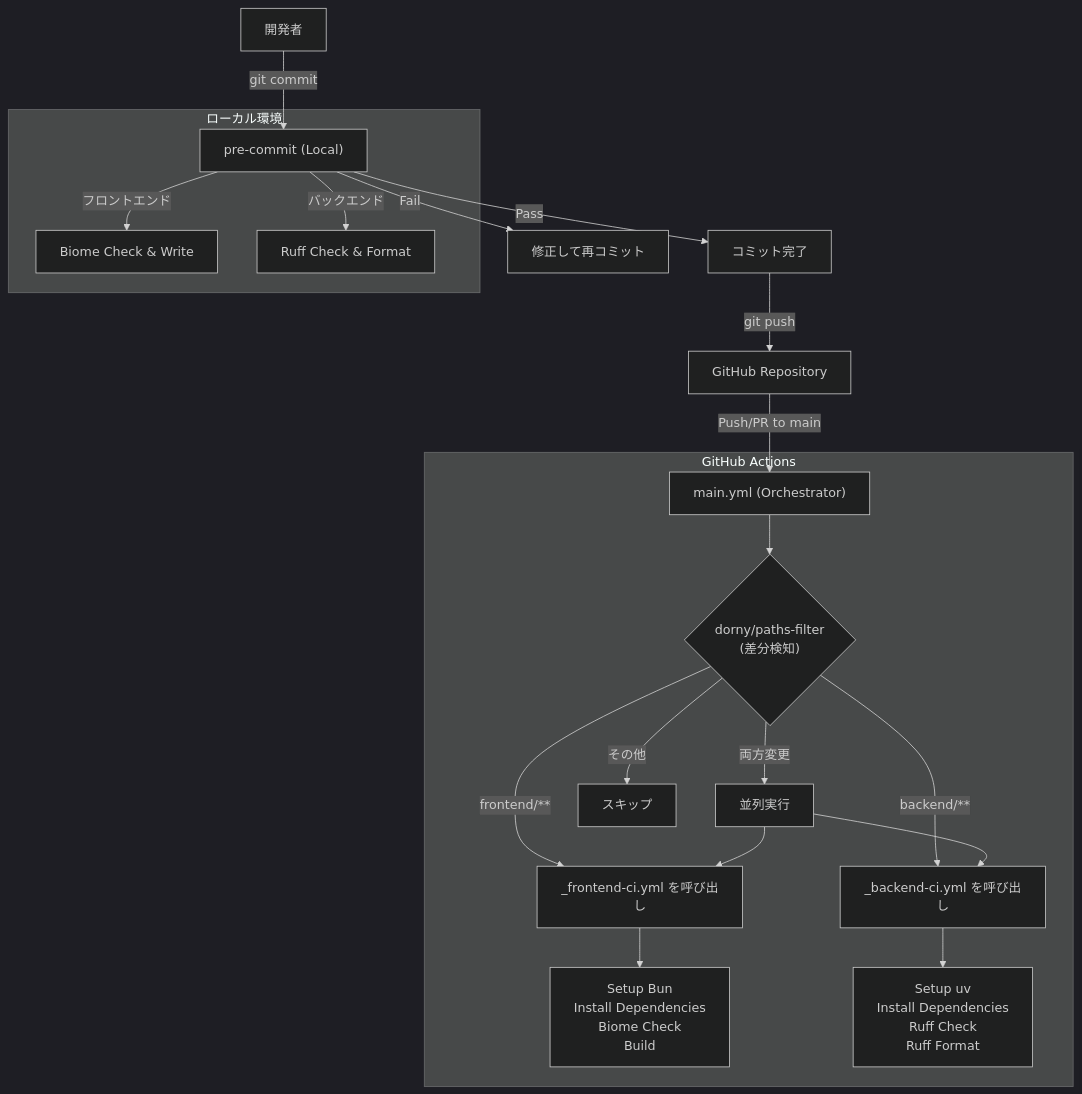
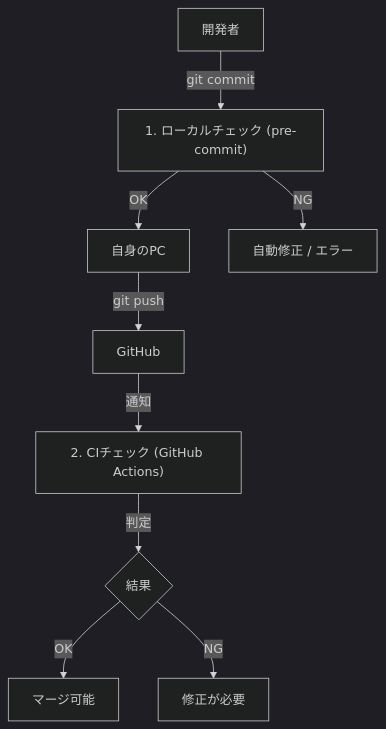
One commit to shinhasegawa1223/solo-saving changed the diagram in docs/ci-cd-workflow.md. Above: the diagram before and after it, drawn with Mermaid (dark theme). The commit also changed other lines of this file and 3 other files, not shown here.

````diff
--- a/docs/ci-cd-workflow.md
+++ b/docs/ci-cd-workflow.md
@@ -24,29 +12,13 @@
 ```mermaid
 graph TD
-    User[開発者] -->|git commit| PreCommit["pre-commit (Local)"]
-    PreCommit -->|Pass| Commit[コミット完了]
-    PreCommit -->|Fail| Fix[修正して再コミット]
+    User[開発者] -->|git commit| Local["1. ローカルチェック (pre-commit)"]
+    Local -->|OK| PC[自身のPC]
+    Local -->|NG| Fix[自動修正 / エラー]
 
-    Commit -->|git push| GitHub[GitHub Repository]
-    GitHub -->|Push/PR to main| MainYml["main.yml (Orchestrator)"]
+    PC -->|git push| GitHub
+    GitHub -->|通知| CI["2. CIチェック (GitHub Actions)"]
 
-    subgraph Local [ローカル環境]
-        PreCommit -- フロントエンド --> BiomeCheck["Biome Check & Write"]
-        PreCommit -- バックエンド --> RuffCheck["Ruff Check & Format"]
-    end
-
-    subgraph CI [GitHub Actions]
-        MainYml --> DiffCheck{"dorny/paths-filter<br>(差分検知)"}
-
-        DiffCheck -- "frontend/**" --> FE_Call["_frontend-ci.yml を呼び出し"]
-        DiffCheck -- "backend/**" --> BE_Call["_backend-ci.yml を呼び出し"]
-        DiffCheck -- 両方変更 --> Both["並列実行"]
-        DiffCheck -- その他 --> Skip[スキップ]
-
-        FE_Call --> FE_Steps["Setup Bun <br> Install Dependencies <br> Biome Check <br> Build"]
-        BE_Call --> BE_Steps["Setup uv <br> Install Dependencies <br> Ruff Check <br> Ruff Format"]
-
-        Both --> FE_Call
-        Both --> BE_Call
-    end
+    CI -->|判定| Result{結果}
+    Result -- OK --> Merge[マージ可能]
+    Result -- NG --> FixCI[修正が必要]
 ```
````
